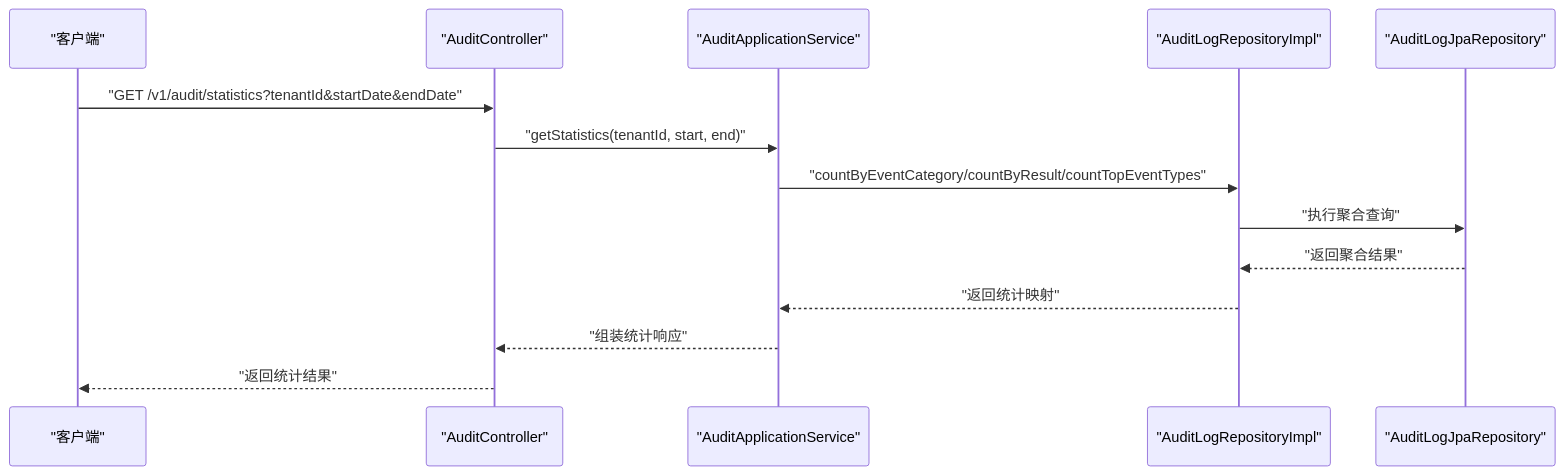
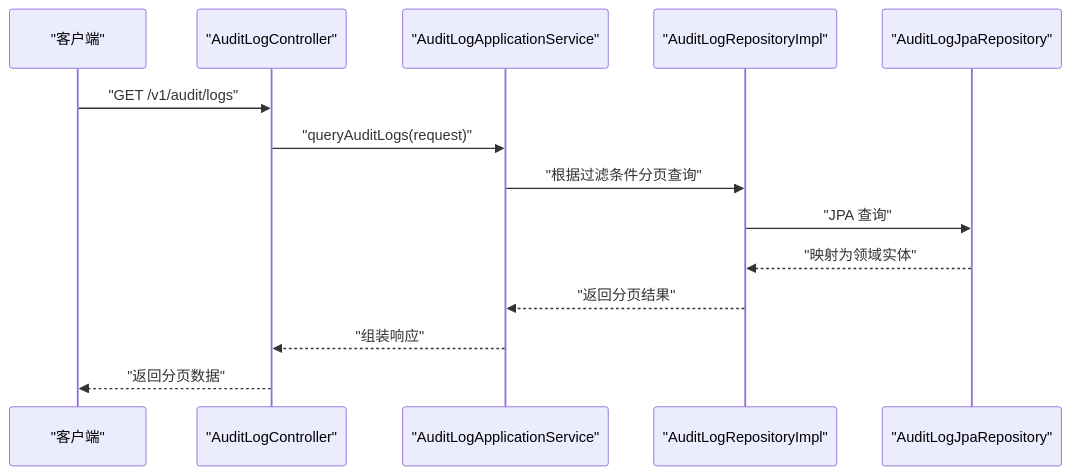
The sixth of 9 diagrams in .qoder/repowiki/zh/content/数据库设计/数据库架构/审计日志表.md (fq0121104930716/iam-platform), drawn with Mermaid before and after one commit. The commit also changed other lines of this file and 219 other files, not shown here.

````diff
--- a/.qoder/repowiki/zh/content/数据库设计/数据库架构/审计日志表.md
+++ b/.qoder/repowiki/zh/content/数据库设计/数据库架构/审计日志表.md
@@ -290,16 +333,16 @@
 ```mermaid
 sequenceDiagram
 participant Client as "客户端"
-participant Ctrl as "AuditController"
-participant Svc as "AuditApplicationService"
+participant Ctrl as "AuditLogController"
+participant Svc as "AuditLogApplicationService"
 participant Repo as "AuditLogRepositoryImpl"
 participant JRepo as "AuditLogJpaRepository"
-Client->>Ctrl : "GET /v1/audit/statistics?tenantId&startDate&endDate"
-Ctrl->>Svc : "getStatistics(tenantId, start, end)"
-Svc->>Repo : "countByEventCategory/countByResult/countTopEventTypes"
-Repo->>JRepo : "执行聚合查询"
-JRepo-->>Repo : "返回聚合结果"
-Repo-->>Svc : "返回统计映射"
-Svc-->>Ctrl : "组装统计响应"
-Ctrl-->>Client : "返回统计结果"
+Client->>Ctrl : "GET /v1/audit/logs"
+Ctrl->>Svc : "queryAuditLogs(request)"
+Svc->>Repo : "根据过滤条件分页查询"
+Repo->>JRepo : "JPA 查询"
+JRepo-->>Repo : "映射为领域实体"
+Repo-->>Svc : "返回分页结果"
+Svc-->>Ctrl : "组装响应"
+Ctrl-->>Client : "返回分页数据"
 ```
````
